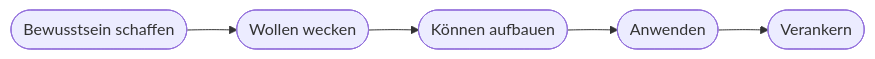
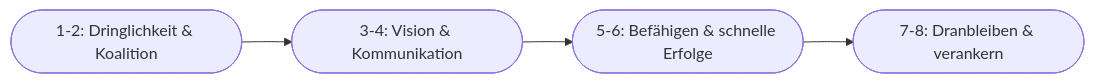
The diagram in docs/content/kapitel37.md (Qualidy/Prompt-Engineering-KI-in-der-Arbeitswelt), drawn with Mermaid before and after one commit. The commit also changed other lines of this file and 80 other files, not shown here.

````diff
--- a/docs/content/kapitel37.md
+++ b/docs/content/kapitel37.md
@@ -38,7 +47,6 @@
 ```mermaid
 flowchart LR
-    A([Bewusstsein schaffen]) --> B([Wollen wecken])
-    B --> C([Können aufbauen])
-    C --> D([Anwenden])
-    D --> E([Verankern])
+    A([1-2: Dringlichkeit & Koalition]) --> B([3-4: Vision & Kommunikation])
+    B --> C([5-6: Befähigen & schnelle Erfolge])
+    C --> D([7-8: Dranbleiben & verankern])
 ```
````
